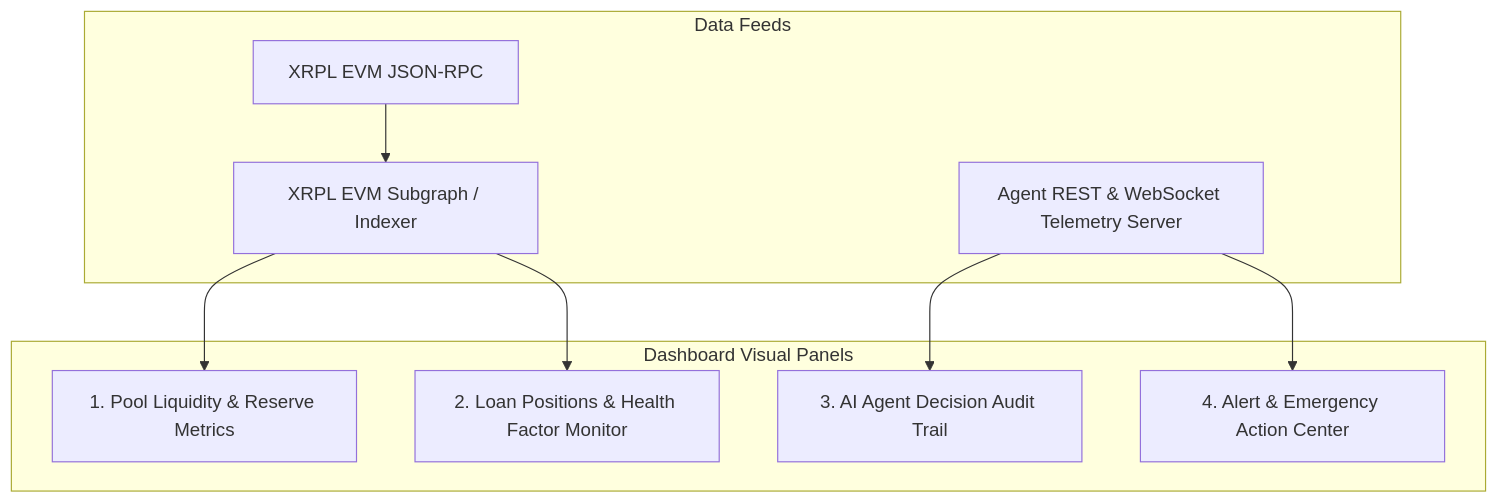
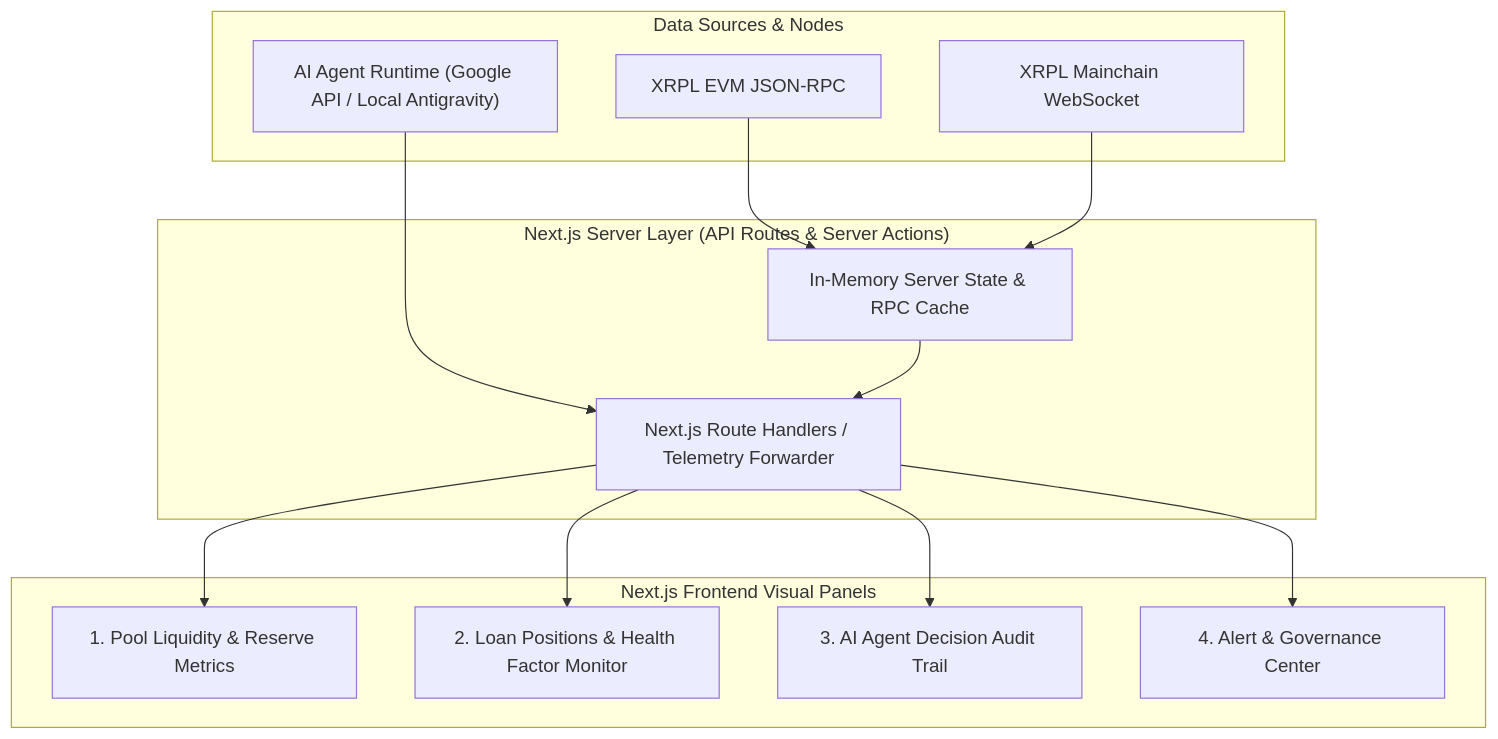
The fifth of 9 diagrams in docs/technical-architecture.md (jimstir/xrpl-smart-lending), drawn with Mermaid before and after one commit. The commit also changed other lines of this file and 2 other files, not shown here.

````diff
--- a/docs/technical-architecture.md
+++ b/docs/technical-architecture.md
@@ -283,21 +325,29 @@
 ```mermaid
 graph TD
-    subgraph UIViews ["Dashboard Visual Panels"]
+    subgraph UIViews ["Next.js Frontend Visual Panels"]
         Panel1["1. Pool Liquidity & Reserve Metrics"]
         Panel2["2. Loan Positions & Health Factor Monitor"]
         Panel3["3. AI Agent Decision Audit Trail"]
-        Panel4["4. Alert & Emergency Action Center"]
+        Panel4["4. Alert & Governance Center"]
     end
 
-    subgraph DataFeeds ["Data Feeds"]
-        GraphNode["XRPL EVM Subgraph / Indexer"]
-        AgentAPI["Agent REST & WebSocket Telemetry Server"]
-        DirectRPC["XRPL EVM JSON-RPC"]
+    subgraph NextBackend ["Next.js Server Layer (API Routes & Server Actions)"]
+        NextAPI["Next.js Route Handlers / Telemetry Forwarder"]
+        CachedState["In-Memory Server State & RPC Cache"]
     end
 
-    DirectRPC --> GraphNode
-    GraphNode --> Panel1
-    GraphNode --> Panel2
-    AgentAPI --> Panel3
-    AgentAPI --> Panel4
+    subgraph DataSources ["Data Sources & Nodes"]
+        AgentCore["AI Agent Runtime (Google API / Local Antigravity)"]
+        EVMNode["XRPL EVM JSON-RPC"]
+        XRPLNode["XRPL Mainchain WebSocket"]
+    end
+
+    EVMNode --> CachedState
+    XRPLNode --> CachedState
+    AgentCore --> NextAPI
+    CachedState --> NextAPI
+    NextAPI --> Panel1
+    NextAPI --> Panel2
+    NextAPI --> Panel3
+    NextAPI --> Panel4
 ```
````
